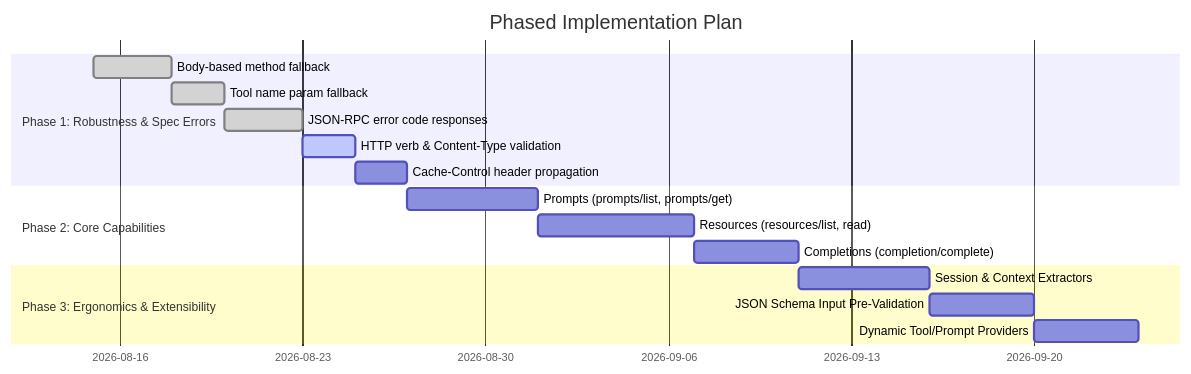
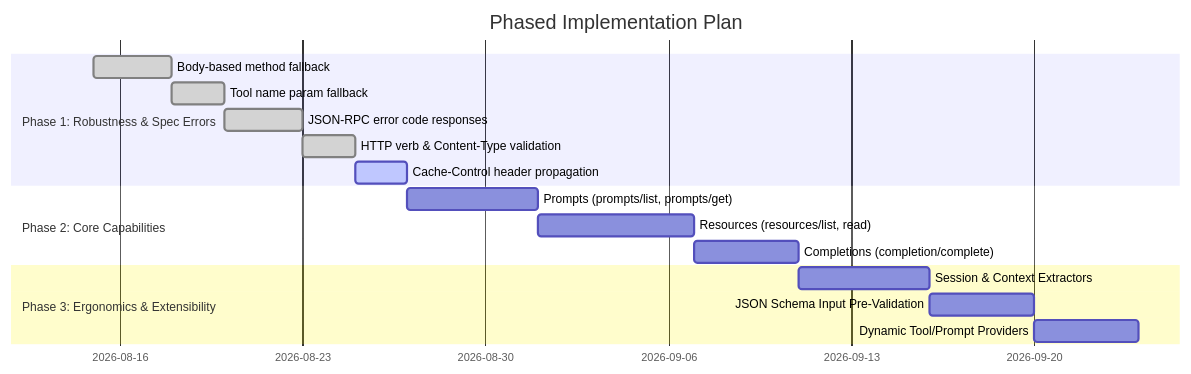
Before and after one commit to andreban/mcp-routing: the diagram in ROADMAP.md, drawn with Mermaid. The commit also changed other lines of this file and 8 other files, not shown here.

Commit message:
feat: implement HTTP verb & media type negotiation and extract utility module

````diff
--- a/ROADMAP.md
+++ b/ROADMAP.md
@@ -142,19 +142,19 @@
 ```mermaid
 gantt
     title Phased Implementation Plan
     dateFormat  YYYY-MM-DD
     section Phase 1: Robustness & Spec Errors
     Body-based method fallback         :done, p1_1, 2026-08-15, 3d
     Tool name param fallback           :done, p1_2, after p1_1, 2d
     JSON-RPC error code responses      :done, p1_3, after p1_2, 3d
-    HTTP verb & Content-Type validation:active, p1_4, after p1_3, 2d
-    Cache-Control header propagation   :p1_5, after p1_4, 2d
+    HTTP verb & Content-Type validation:done, p1_4, after p1_3, 2d
+    Cache-Control header propagation   :active, p1_5, after p1_4, 2d
     section Phase 2: Core Capabilities
     Prompts (prompts/list, prompts/get):p2_1, after p1_5, 5d
     Resources (resources/list, read)   :p2_2, after p2_1, 6d
     Completions (completion/complete)  :p2_3, after p2_2, 4d
     section Phase 3: Ergonomics & Extensibility
     Session & Context Extractors       :p3_1, after p2_3, 5d
     JSON Schema Input Pre-Validation   :p3_2, after p3_1, 4d
     Dynamic Tool/Prompt Providers      :p3_3, after p3_2, 4d
 ```
````
